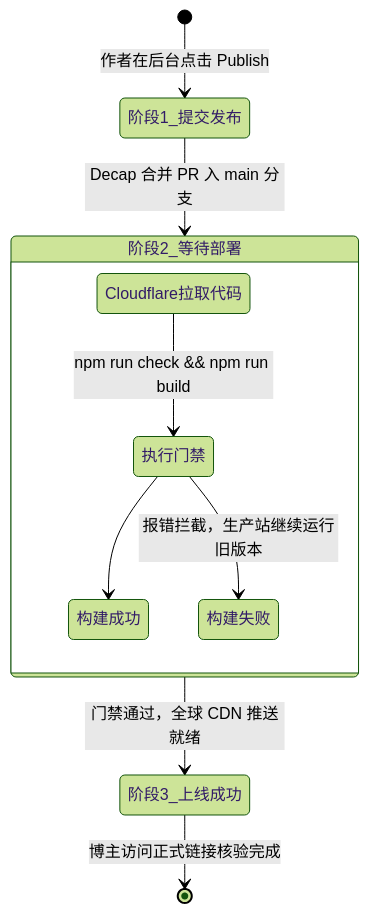
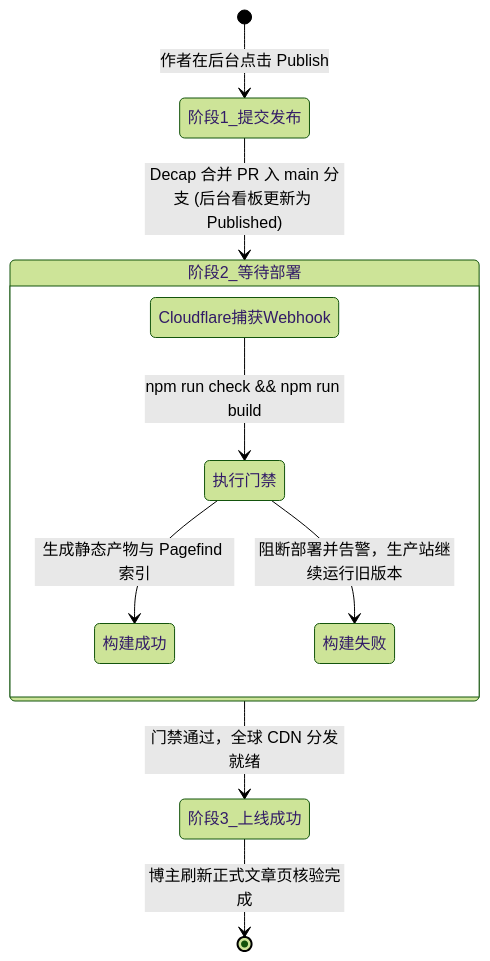
The second of 3 diagrams in docs/ENGINEERING_SPEC.md (ForeSee2024/huaoblog), drawn with Mermaid (forest theme) before and after one commit. The commit also changed other lines of this file and 2 other files, not shown here.

````diff
--- a/docs/ENGINEERING_SPEC.md
+++ b/docs/ENGINEERING_SPEC.md
@@ -203,12 +203,12 @@
 ```mermaid
 stateDiagram-v2
     [*] --> 阶段1_提交发布: 作者在后台点击 Publish
-    阶段1_提交发布 --> 阶段2_等待部署: Decap 合并 PR 入 main 分支
+    阶段1_提交发布 --> 阶段2_等待部署: Decap 合并 PR 入 main 分支 (后台看板更新为 Published)
     state 阶段2_等待部署 {
-        Cloudflare拉取代码 --> 执行门禁: npm run check && npm run build
-        执行门禁 --> 构建成功
-        执行门禁 --> 构建失败: 报错拦截，生产站继续运行旧版本
+        Cloudflare捕获Webhook --> 执行门禁: npm run check && npm run build
+        执行门禁 --> 构建成功: 生成静态产物与 Pagefind 索引
+        执行门禁 --> 构建失败: 阻断部署并告警，生产站继续运行旧版本
     }
-    阶段2_等待部署 --> 阶段3_上线成功: 门禁通过，全球 CDN 推送就绪
-    阶段3_上线成功 --> [*]: 博主访问正式链接核验完成
+    阶段2_等待部署 --> 阶段3_上线成功: 门禁通过，全球 CDN 分发就绪
+    阶段3_上线成功 --> [*]: 博主刷新正式文章页核验完成
 ```
````
